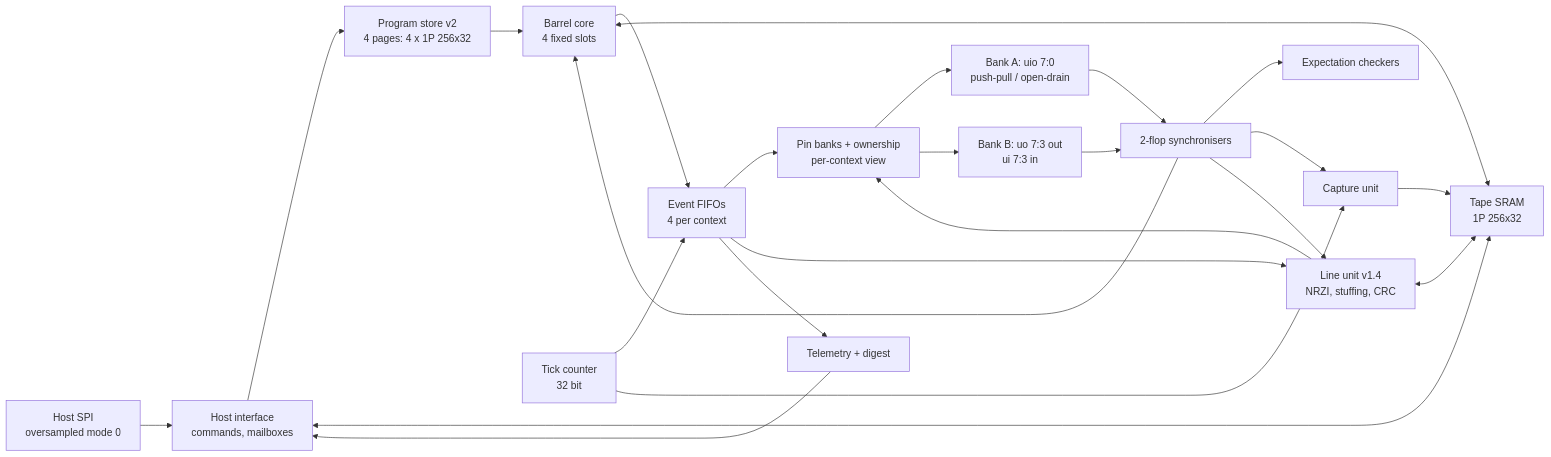
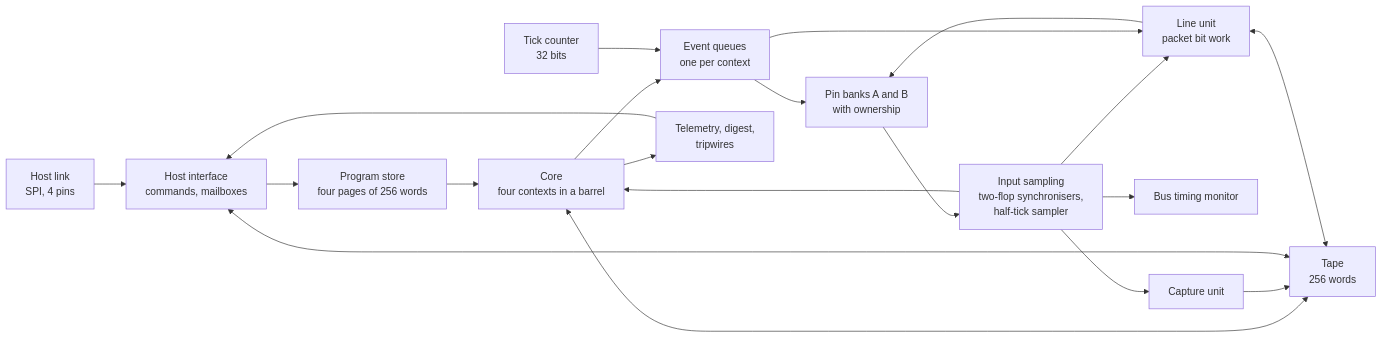
The diagram in docs/01-ARCHITECTURE.md (parthDOOM/escapement), drawn with Mermaid before and after one commit. The commit also changed other lines of this file and 29 other files, not shown here.

Commit message:
docs: rewritten for version 3 (8x4): write-up, history, line unit, bus monitor, OLED Pong, physical design and headroom

````diff
--- a/docs/01-ARCHITECTURE.md
+++ b/docs/01-ARCHITECTURE.md
@@ -11,26 +36,22 @@
 ```mermaid
 flowchart LR
-    Host[Host SPI<br/>oversampled mode 0] --> HI[Host interface<br/>commands, mailboxes]
-    HI --> IMEM[Program store v2<br/>4 pages: 4 x 1P 256x32]
-    IMEM --> Core[Barrel core<br/>4 fixed slots]
-    Core --> Q[Event FIFOs<br/>4 per context]
-    Time[Tick counter<br/>32 bit] --> Q
-    Q --> Own[Pin banks + ownership<br/>per-context view]
-    Own --> Pins[Bank A: uio 7:0<br/>push-pull / open-drain]
-    Own --> PinsB[Bank B: uo 7:3 out<br/>ui 7:3 in]
-    Pins --> Sync[2-flop synchronisers]
-    PinsB --> Sync
-    Sync --> Core
-    Sync --> Chk[Expectation checkers]
-    Sync --> Cap[Capture unit]
-    Time --> Cap
-    Core <--> Tape[Tape SRAM<br/>1P 256x32]
+    Host[Host link<br/>SPI, 4 pins] --> HI[Host interface<br/>commands, mailboxes]
+    HI --> PS[Program store<br/>four pages of 256 words]
+    PS --> Core[Core<br/>four contexts in a barrel]
+    Core --> Q[Event queues<br/>one per context]
+    Time[Tick counter<br/>32 bits] --> Q
+    Q --> Pins[Pin banks A and B<br/>with ownership]
+    Pins --> In[Input sampling<br/>two-flop synchronisers,<br/>half-tick sampler]
+    In --> Core
+    In --> Cap[Capture unit]
+    In --> Mon[Bus timing monitor]
+    In --> LU
+    Core <--> Tape[Tape<br/>256 words]
     Cap --> Tape
     HI <--> Tape
-    Q --> LU[Line unit v1.4<br/>NRZI, stuffing, CRC]
+    Q --> LU[Line unit<br/>packet bit work]
     LU <--> Tape
-    LU --> Own
-    Sync --> LU
-    Q --> Tel[Telemetry + digest]
-    Tel --> HI
+    LU --> Pins
+    Core --> Obs[Telemetry, digest,<br/>tripwires]
+    Obs --> HI
 ```
````
